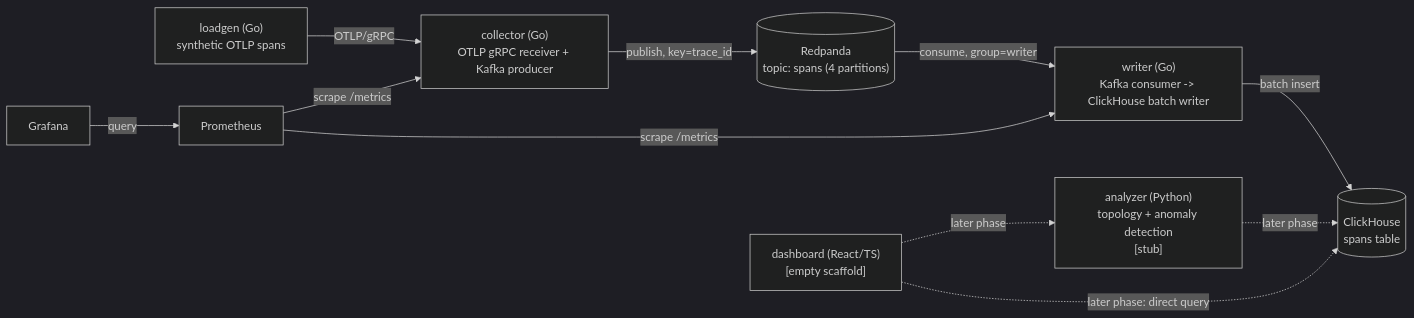
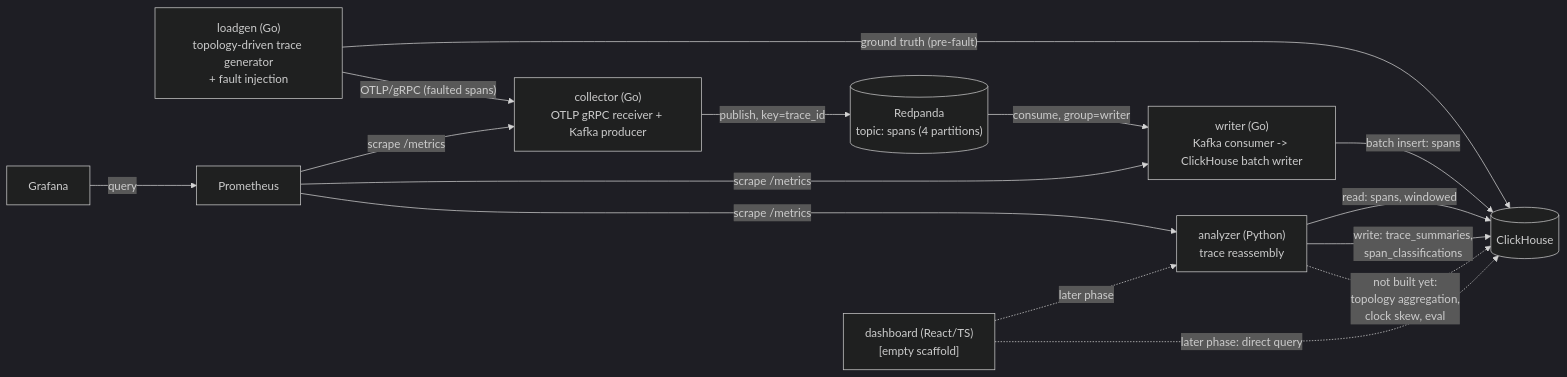
The diagram in docs/ARCHITECTURE.md (kishoreqwerty/distributed-tracing-platform), drawn with Mermaid (dark theme) before and after one commit. The commit also changed other lines of this file and 49 other files, not shown here.

Commit message:
Phase 2 (partial): loadgen ground truth + fault injection, analyzer trace reassembly

````diff
--- a/docs/ARCHITECTURE.md
+++ b/docs/ARCHITECTURE.md
@@ -5,23 +5,27 @@
 ```mermaid
 flowchart LR
-    loadgen["loadgen (Go)\nsynthetic OTLP spans"]
+    loadgen["loadgen (Go)\ntopology-driven trace generator\n+ fault injection"]
     collector["collector (Go)\nOTLP gRPC receiver + Kafka producer"]
     redpanda[("Redpanda\ntopic: spans (4 partitions)")]
     writer["writer (Go)\nKafka consumer -> ClickHouse batch writer"]
-    clickhouse[("ClickHouse\nspans table")]
+    clickhouse[("ClickHouse")]
+    analyzer["analyzer (Python)\ntrace reassembly"]
     prometheus["Prometheus"]
     grafana["Grafana"]
-    analyzer["analyzer (Python)\ntopology + anomaly detection\n[stub]"]
     dashboard["dashboard (React/TS)\n[empty scaffold]"]
 
-    loadgen -- "OTLP/gRPC" --> collector
+    loadgen -- "OTLP/gRPC (faulted spans)" --> collector
+    loadgen -- "ground truth (pre-fault)" --> clickhouse
     collector -- "publish, key=trace_id" --> redpanda
     redpanda -- "consume, group=writer" --> writer
-    writer -- "batch insert" --> clickhouse
+    writer -- "batch insert: spans" --> clickhouse
+    analyzer -- "read: spans, windowed" --> clickhouse
+    analyzer -- "write: trace_summaries,\nspan_classifications" --> clickhouse
     prometheus -- "scrape /metrics" --> collector
     prometheus -- "scrape /metrics" --> writer
+    prometheus -- "scrape /metrics" --> analyzer
     grafana -- "query" --> prometheus
-    analyzer -. "later phase" .-> clickhouse
+    analyzer -. "not built yet:\ntopology aggregation,\nclock skew, eval" .-> clickhouse
     dashboard -. "later phase" .-> analyzer
     dashboard -. "later phase: direct query" .-> clickhouse
 ```
````
